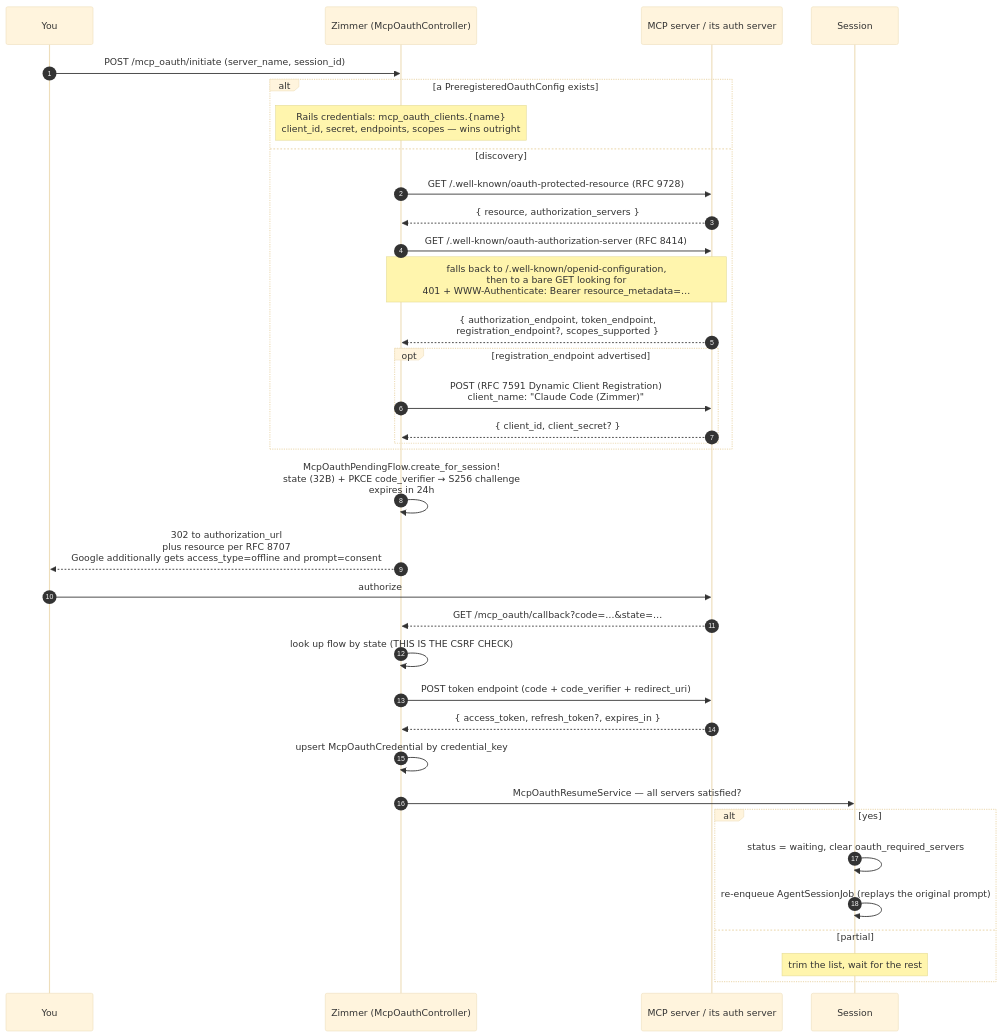
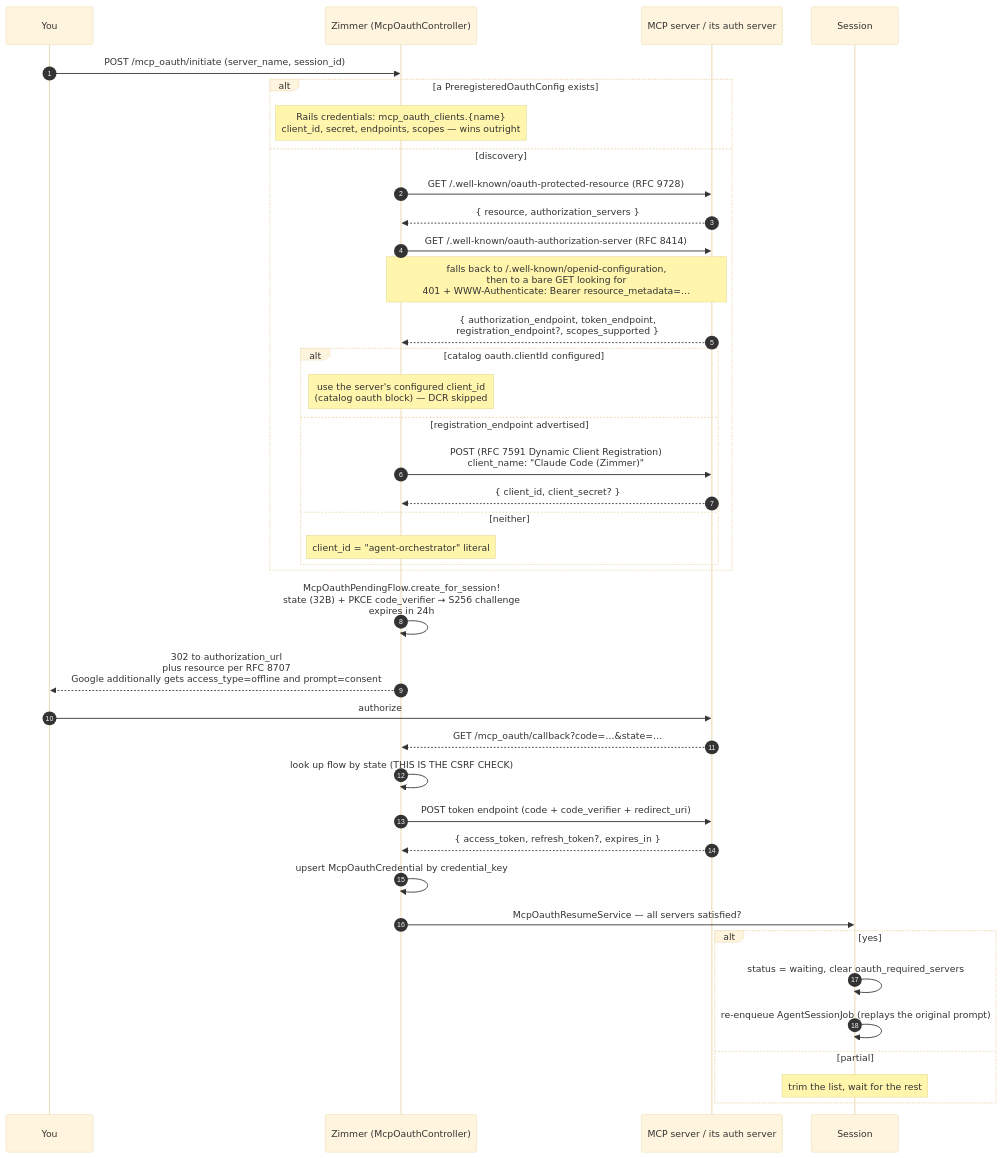
The second of 2 diagrams in docs/src/content/docs/auth/mcp-oauth.md (tadasant/zimmer), drawn with Mermaid (base theme) before and after one commit. The commit also changed other lines of this file and 8 other files, not shown here.

````diff
--- a/docs/src/content/docs/auth/mcp-oauth.md
+++ b/docs/src/content/docs/auth/mcp-oauth.md
@@ -52,38 +52,42 @@
 ```mermaid
 sequenceDiagram
     autonumber
     participant U as You
     participant Z as Zimmer (McpOauthController)
     participant AS as MCP server / its auth server
     participant S as Session
 
     U->>Z: POST /mcp_oauth/initiate (server_name, session_id)
     alt a PreregisteredOauthConfig exists
         Note over Z: Rails credentials: mcp_oauth_clients.{name}<br/>client_id, secret, endpoints, scopes — wins outright
     else discovery
         Z->>AS: GET /.well-known/oauth-protected-resource (RFC 9728)
         AS-->>Z: { resource, authorization_servers }
         Z->>AS: GET /.well-known/oauth-authorization-server (RFC 8414)
         Note over Z,AS: falls back to /.well-known/openid-configuration,<br/>then to a bare GET looking for<br/>401 + WWW-Authenticate: Bearer resource_metadata=…
         AS-->>Z: { authorization_endpoint, token_endpoint,<br/>registration_endpoint?, scopes_supported }
-        opt registration_endpoint advertised
+        alt catalog oauth.clientId configured
+            Note over Z: use the server's configured client_id<br/>(catalog oauth block) — DCR skipped
+        else registration_endpoint advertised
             Z->>AS: POST (RFC 7591 Dynamic Client Registration)<br/>client_name: "Claude Code (Zimmer)"
             AS-->>Z: { client_id, client_secret? }
+        else neither
+            Note over Z: client_id = "agent-orchestrator" literal
         end
     end
     Z->>Z: McpOauthPendingFlow.create_for_session!<br/>state (32B) + PKCE code_verifier → S256 challenge<br/>expires in 24h
     Z-->>U: 302 to authorization_url<br/>plus resource per RFC 8707<br/>Google additionally gets access_type=offline and prompt=consent
     U->>AS: authorize
     AS-->>Z: GET /mcp_oauth/callback?code=…&state=…
     Z->>Z: look up flow by state (THIS IS THE CSRF CHECK)
     Z->>AS: POST token endpoint (code + code_verifier + redirect_uri)
     AS-->>Z: { access_token, refresh_token?, expires_in }
     Z->>Z: upsert McpOauthCredential by credential_key
     Z->>S: McpOauthResumeService — all servers satisfied?
     alt yes
         S->>S: status = waiting, clear oauth_required_servers
         S->>S: re-enqueue AgentSessionJob (replays the original prompt)
     else partial
         Note over S: trim the list, wait for the rest
     end
 ```
````
